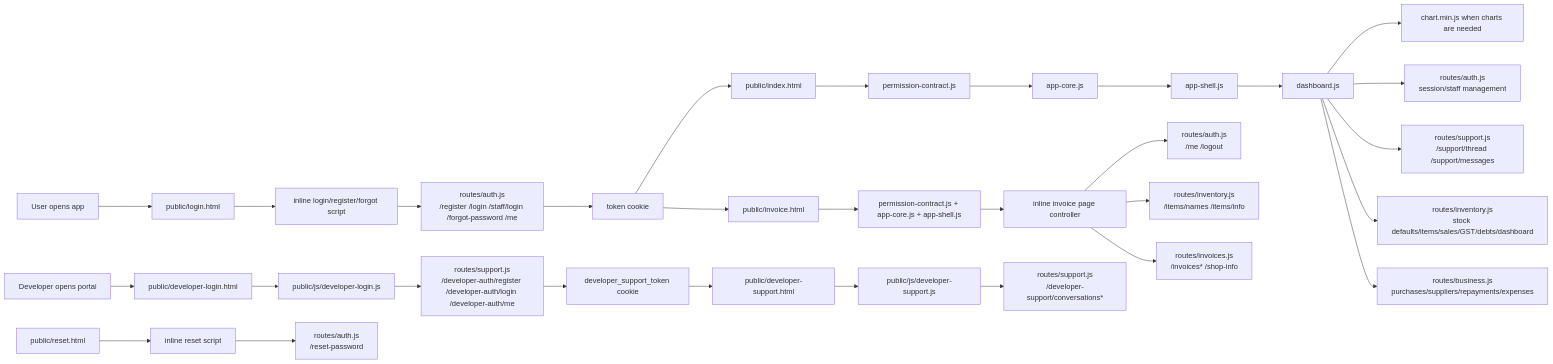
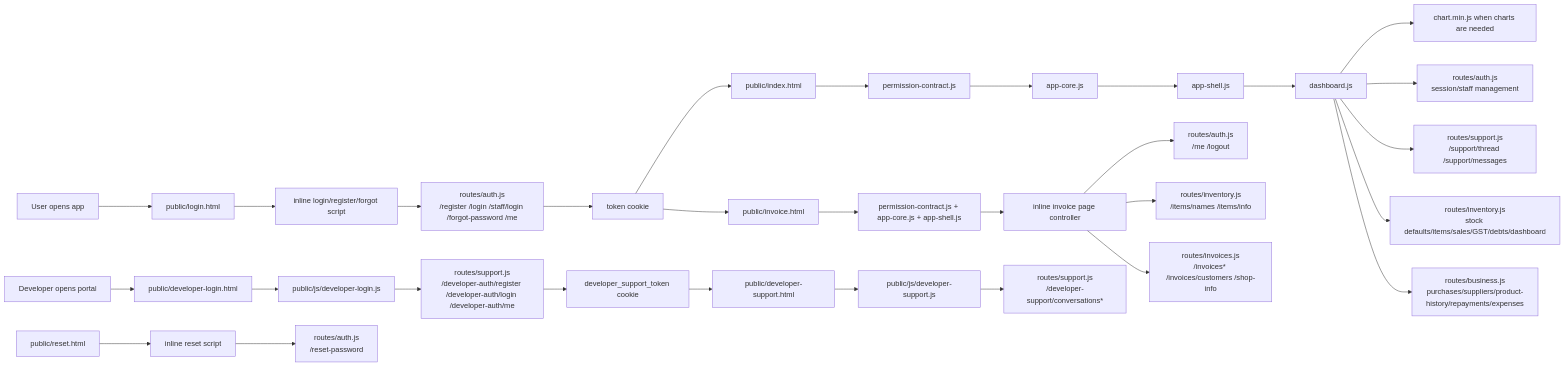
One commit to dasdipayan03/India-Inventory-Management changed the third of 3 diagrams in docs/DETAILED_FILE_FLOW_CHART.md. Above: the diagram before and after it, drawn with Mermaid. The commit also changed other lines of this file and 18 other files, not shown here.

````diff
--- a/docs/DETAILED_FILE_FLOW_CHART.md
+++ b/docs/DETAILED_FILE_FLOW_CHART.md
@@ -173,37 +173,37 @@
 ```mermaid
 flowchart LR
   Visitor["User opens app"] --> Login["public/login.html"]
   Login --> LoginInline["inline login/register/forgot script"]
   LoginInline --> AuthEndpoints["routes/auth.js<br/>/register /login /staff/login /forgot-password /me"]
 
   AuthEndpoints --> OwnerStaffCookie["token cookie"]
   OwnerStaffCookie --> Dashboard["public/index.html"]
   OwnerStaffCookie --> Invoice["public/invoice.html"]
 
   Dashboard --> Shared1["permission-contract.js"]
   Shared1 --> Shared2["app-core.js"]
   Shared2 --> Shared3["app-shell.js"]
   Shared3 --> DashboardController["dashboard.js"]
   DashboardController --> Chart["chart.min.js when charts are needed"]
   DashboardController --> AuthAPI2["routes/auth.js<br/>session/staff management"]
   DashboardController --> SupportAPI2["routes/support.js<br/>/support/thread /support/messages"]
   DashboardController --> InventoryAPI2["routes/inventory.js<br/>stock defaults/items/sales/GST/debts/dashboard"]
-  DashboardController --> BusinessAPI2["routes/business.js<br/>purchases/suppliers/repayments/expenses"]
+  DashboardController --> BusinessAPI2["routes/business.js<br/>purchases/suppliers/product-history/repayments/expenses"]
 
   Invoice --> InvoiceShared["permission-contract.js + app-core.js + app-shell.js"]
   InvoiceShared --> InvoiceInline["inline invoice page controller"]
   InvoiceInline --> AuthAPI3["routes/auth.js<br/>/me /logout"]
   InvoiceInline --> InventoryAPI3["routes/inventory.js<br/>/items/names /items/info"]
-  InvoiceInline --> InvoiceAPI3["routes/invoices.js<br/>/invoices* /shop-info"]
+  InvoiceInline --> InvoiceAPI3["routes/invoices.js<br/>/invoices* /invoices/customers /shop-info"]
 
   Developer["Developer opens portal"] --> DevLogin["public/developer-login.html"]
   DevLogin --> DevLoginJS["public/js/developer-login.js"]
   DevLoginJS --> DevAuthAPI["routes/support.js<br/>/developer-auth/register /developer-auth/login /developer-auth/me"]
   DevAuthAPI --> DevCookie["developer_support_token cookie"]
   DevCookie --> DevSupport["public/developer-support.html"]
   DevSupport --> DevSupportJS["public/js/developer-support.js"]
   DevSupportJS --> DevInboxAPI["routes/support.js<br/>/developer-support/conversations*"]
 
   Reset["public/reset.html"] --> ResetInline["inline reset script"]
   ResetInline --> ResetAPI["routes/auth.js<br/>/reset-password"]
 ```
````
